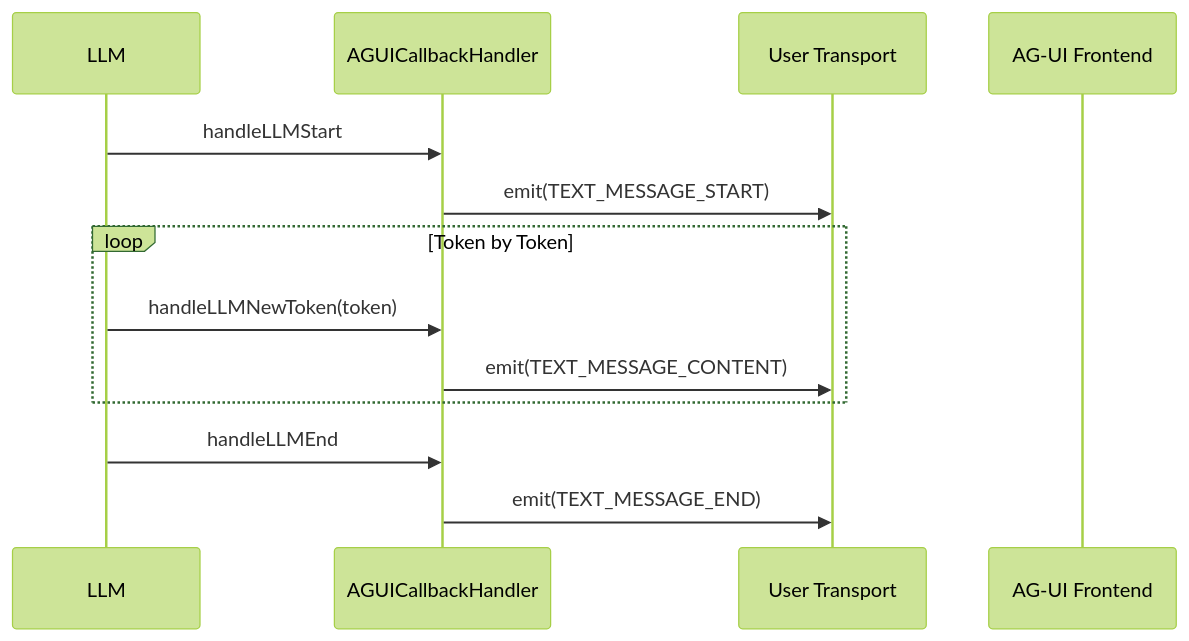
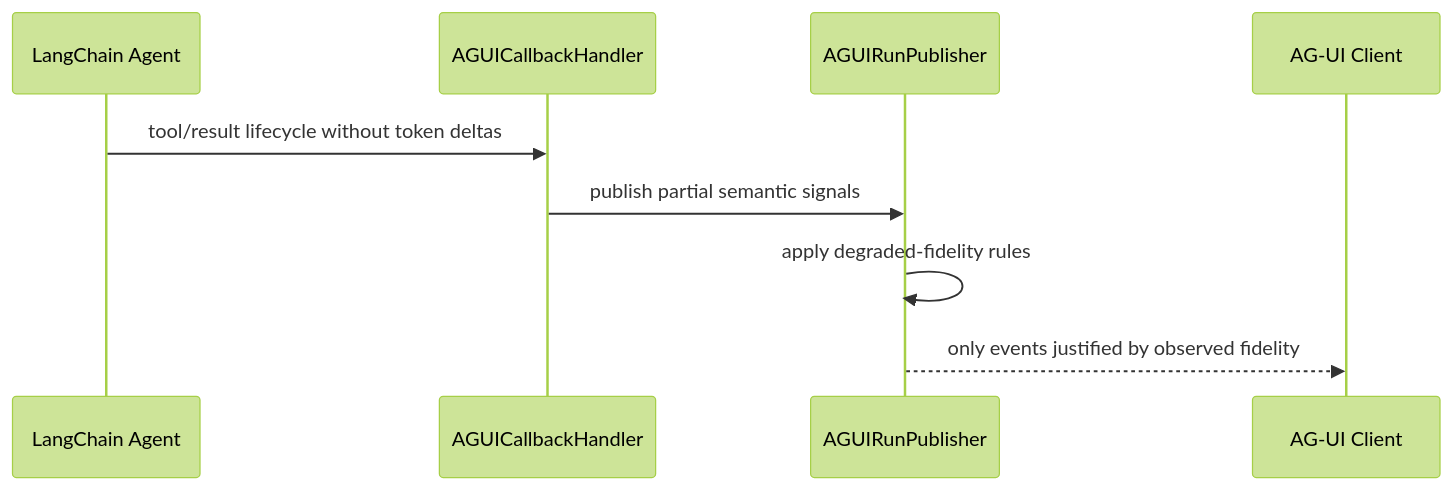
The third of 4 diagrams in packages/ag-ui-middleware-callbacks/docs/Architecture.md (SkrOYC/langchain-middlewares-callbacks-ts), drawn with Mermaid (forest theme) before and after one commit. The commit also changed other lines of this file and 3 other files, not shown here.

````diff
--- a/packages/ag-ui-middleware-callbacks/docs/Architecture.md
+++ b/packages/ag-ui-middleware-callbacks/docs/Architecture.md
@@ -191,18 +231,12 @@
 ```mermaid
 sequenceDiagram
-  participant Model as LLM
-  participant Handler as AGUICallbackHandler
-  participant Transport as User Transport
-  participant Frontend as AG-UI Frontend
+  participant Agent as LangChain Agent
+  participant CB as AGUICallbackHandler
+  participant Publisher as AGUIRunPublisher
+  participant Client as AG-UI Client
 
-  Model->>Handler: handleLLMStart
-  Handler->>Transport: emit(TEXT_MESSAGE_START)
-  
-  loop Token by Token
-    Model->>Handler: handleLLMNewToken(token)
-    Handler->>Transport: emit(TEXT_MESSAGE_CONTENT)
-  end
-  
-  Model->>Handler: handleLLMEnd
-  Handler->>Transport: emit(TEXT_MESSAGE_END)
+  Agent->>CB: tool/result lifecycle without token deltas
+  CB->>Publisher: publish partial semantic signals
+  Publisher->>Publisher: apply degraded-fidelity rules
+  Publisher-->>Client: only events justified by observed fidelity
 ```
````
